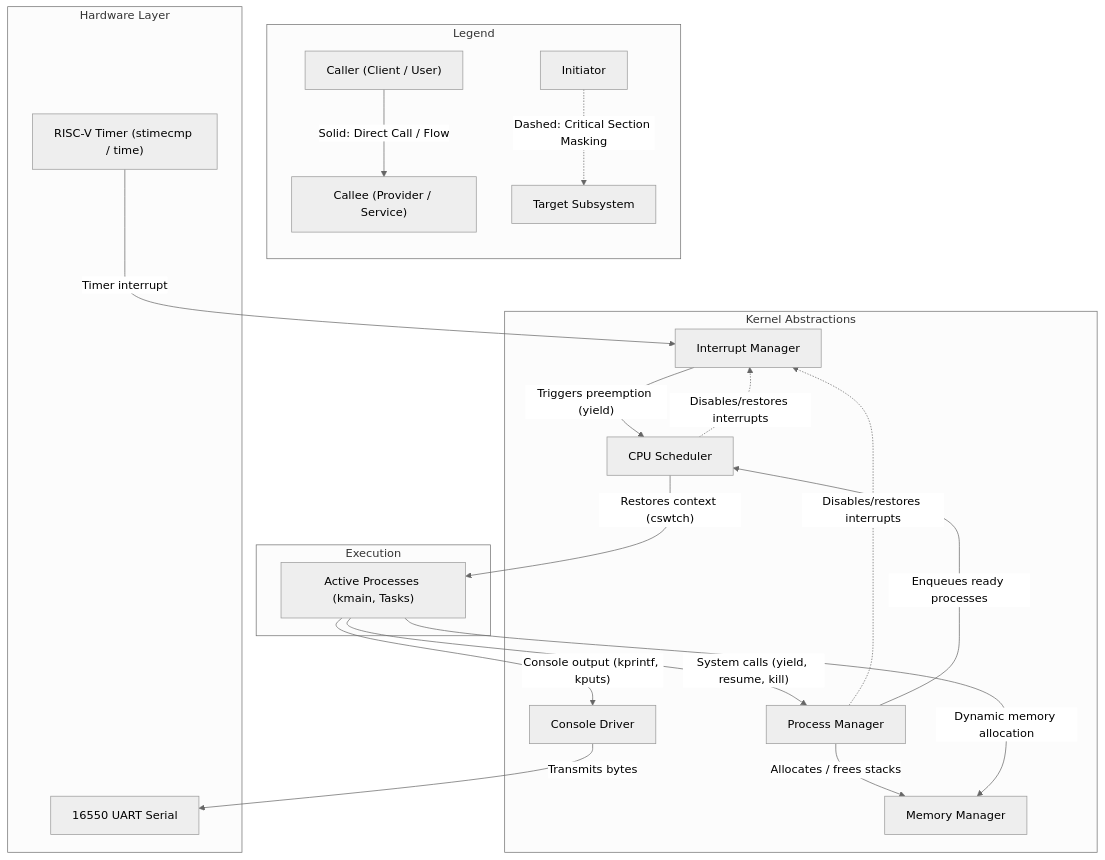
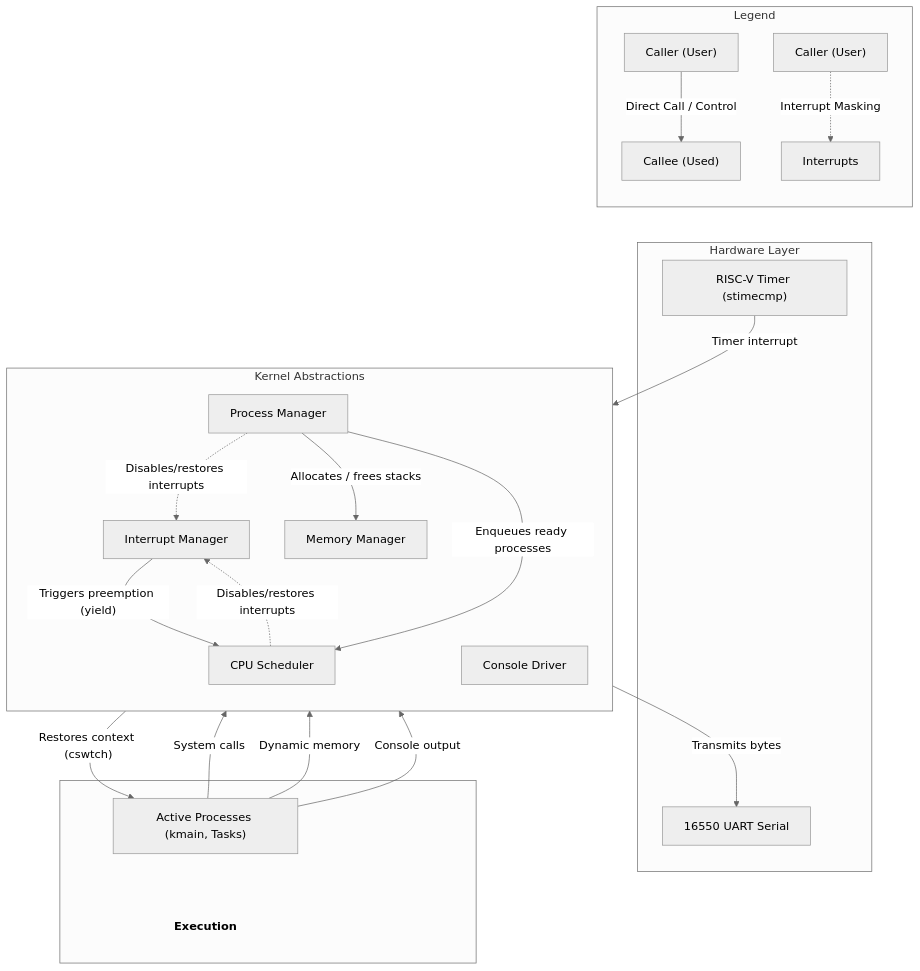
The diagram in README.md (AtesIsf/Rio), drawn with Mermaid (neutral theme) before and after one commit.

Commit message:
revised flowchart again

````diff
--- a/README.md
+++ b/README.md
@@ -100,44 +100,51 @@
 ```mermaid
 flowchart TD
     subgraph Legend ["Legend"]
         direction TB
-        L_SRC["Caller (Client / User)"] -->|"Solid: Direct Call / Flow"| L_DST["Callee (Provider / Service)"]
-        L_CTL["Initiator"] -.->|"Dashed: Critical Section Masking"| L_TGT["Target Subsystem"]
+        L_SRC["Caller (User)"] -->|"Direct Call / Control"| L_DST["Callee (Used)"]
+        L_CTL["Caller (User)"] -.->|"Interrupt Masking"| L_TGT["Interrupts"]
     end
 
     subgraph Hardware ["Hardware Layer"]
-        HW_TIMER["RISC-V Timer (stimecmp / time)"]
+        HW_TIMER["RISC-V Timer (stimecmp)"]
         HW_UART["16550 UART Serial"]
     end
 
     subgraph Core ["Kernel Abstractions"]
+        direction TB
+        MEM["Memory Manager"]
+        PROC["Process Manager"]
         INT["Interrupt Manager"]
         SCHED["CPU Scheduler"]
-        PROC["Process Manager"]
-        MEM["Memory Manager"]
         CONSOLE["Console Driver"]
     end
 
-    subgraph Exec ["Execution"]
+    subgraph Exec [" "]
         TASKS["Active Processes (kmain, Tasks)"]
+        EXEC_LBL["Execution"]
+        TASKS ~~~ EXEC_LBL
     end
+    style EXEC_LBL fill:none,stroke:none,font-weight:bold
 
-    %% Preemption / Clock Flow
+    %% Pin Legend to Top-Left
+    Legend ~~~ Hardware
+
+    %% Preemption & Scheduling
     HW_TIMER -->|"Timer interrupt"| INT
     INT -->|"Triggers preemption (yield)"| SCHED
+    SCHED -->|"Restores context (cswtch)"| TASKS
 
     %% Concurrency & Critical Sections
     SCHED -.->|"Disables/restores interrupts"| INT
     PROC -.->|"Disables/restores interrupts"| INT
 
     %% Process & Memory Interactions
     PROC -->|"Allocates / frees stacks"| MEM
     PROC -->|"Enqueues ready processes"| SCHED
 
-    %% Scheduling & Process Execution
-    SCHED -->|"Restores context (cswtch)"| TASKS
-    TASKS -->|"System calls (yield, resume, kill)"| PROC
-    TASKS -->|"Dynamic memory allocation"| MEM
-    TASKS -->|"Console output (kprintf, kputs)"| CONSOLE
+    %% Task Execution & I/O
+    TASKS -->|"System calls"| PROC
+    TASKS -->|"Dynamic memory"| MEM
+    TASKS -->|"Console output"| CONSOLE
     CONSOLE -->|"Transmits bytes"| HW_UART
 ```
````
